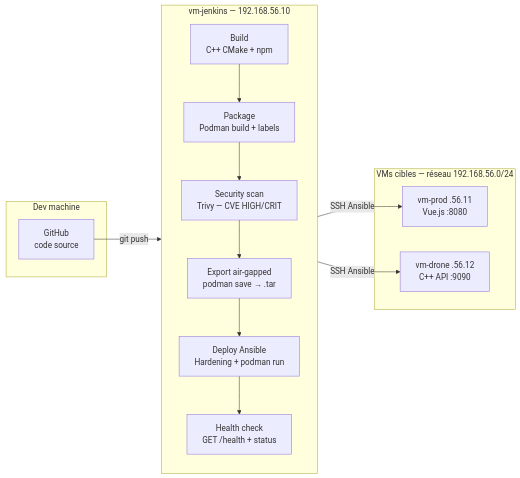
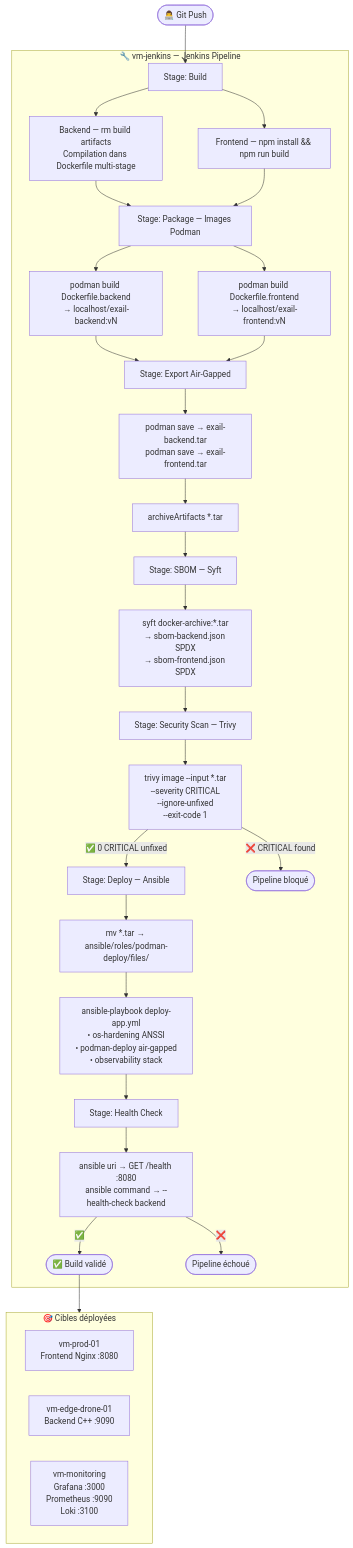
The diagram in README.md (clementtrecourt/Exail-poc), drawn with Mermaid before and after one commit. The commit also changed other lines of this file, not shown here.

````diff
--- a/README.md
+++ b/README.md
@@ -24,31 +95,48 @@
 ```mermaid
-flowchart LR
-    subgraph DEV["Dev machine"]
-        GH["GitHub\ncode source"]
+flowchart TD
+    A([👨‍💻 Git Push]) --> B
+
+    subgraph JENKINS ["🔧 vm-jenkins — Jenkins Pipeline"]
+        B[Stage: Build]
+        B --> B1[Backend — rm build artifacts\nCompilation dans Dockerfile multi-stage]
+        B --> B2[Frontend — npm install && npm run build]
+        B1 & B2 --> C
+
+        C[Stage: Package — Images Podman]
+        C --> C1["podman build Dockerfile.backend\n→ localhost/exail-backend:vN"]
+        C --> C2["podman build Dockerfile.frontend\n→ localhost/exail-frontend:vN"]
+        C1 & C2 --> D
+
+        D[Stage: Export Air-Gapped]
+        D --> D1["podman save → exail-backend.tar\npodman save → exail-frontend.tar"]
+        D1 --> D2[archiveArtifacts *.tar]
+        D2 --> E
+
+        E[Stage: SBOM — Syft]
+        E --> E1["syft docker-archive:*.tar\n→ sbom-backend.json SPDX\n→ sbom-frontend.json SPDX"]
+        E1 --> F
+
+        F[Stage: Security Scan — Trivy]
+        F --> F1["trivy image --input *.tar\n--severity CRITICAL\n--ignore-unfixed\n--exit-code 1"]
+        F1 -->|✅ 0 CRITICAL unfixed| G
+        F1 -->|❌ CRITICAL found| FAIL([Pipeline bloqué])
+
+        G[Stage: Deploy — Ansible]
+        G --> G1["mv *.tar → ansible/roles/podman-deploy/files/"]
+        G1 --> G2["ansible-playbook deploy-app.yml\n• os-hardening ANSSI\n• podman-deploy air-gapped\n• observability stack"]
+        G2 --> H
+
+        H[Stage: Health Check]
+        H --> H1["ansible uri → GET /health :8080\nansible command → --health-check backend"]
+        H1 -->|✅| SUCCESS([✅ Build validé])
+        H1 -->|❌| FAIL2([Pipeline échoué])
     end
 
-    subgraph JENKINS["vm-jenkins — 192.168.56.10"]
-        direction TB
-        BUILD["Build\nC++ CMake + npm"]
-        PKG["Package\nPodman build + labels"]
-        SCAN["Security scan\nTrivy — CVE HIGH/CRIT"]
-        EXPORT["Export air-gapped\npodman save → .tar"]
-        DEPLOY["Deploy Ansible\nHardening + podman run"]
-        HEALTH["Health check\nGET /health + status"]
+    SUCCESS --> TARGETS
 
-        BUILD --> PKG
-        PKG --> SCAN
-        SCAN --> EXPORT
-        EXPORT --> DEPLOY
-        DEPLOY --> HEALTH
+    subgraph TARGETS ["🎯 Cibles déployées"]
+        T1["vm-prod-01\nFrontend Nginx :8080"]
+        T2["vm-edge-drone-01\nBackend C++ :9090"]
+        T3["vm-monitoring\nGrafana :3000\nPrometheus :9090\nLoki :3100"]
     end
-
-    subgraph CIBLES["VMs cibles — réseau 192.168.56.0/24"]
-        PROD["vm-prod .56.11\nVue.js :8080"]
-        DRONE["vm-drone .56.12\nC++ API :9090"]
-    end
-
-    GH -->|git push| BUILD
-    HEALTH -->|SSH Ansible| PROD
-    HEALTH -->|SSH Ansible| DRONE
 ```
````
